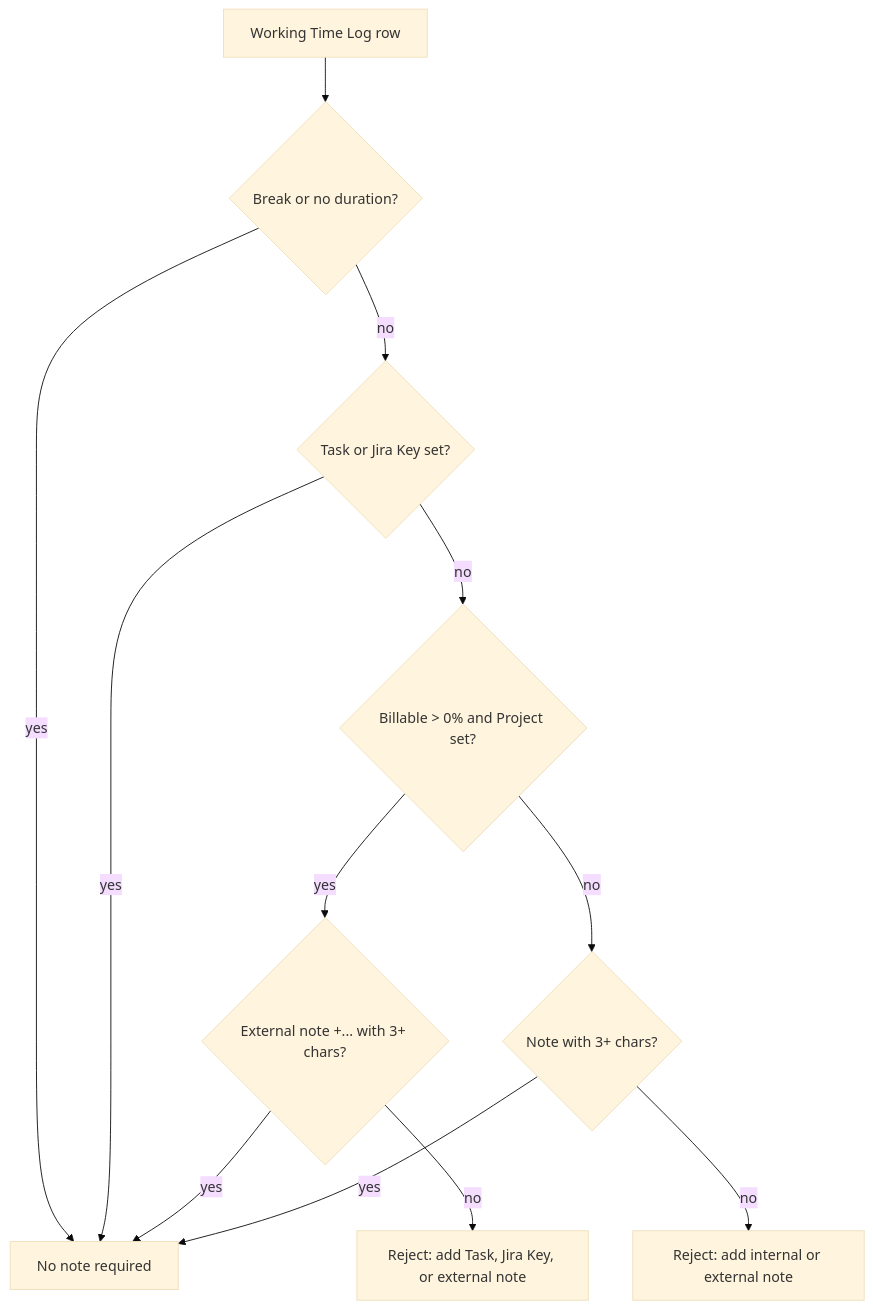
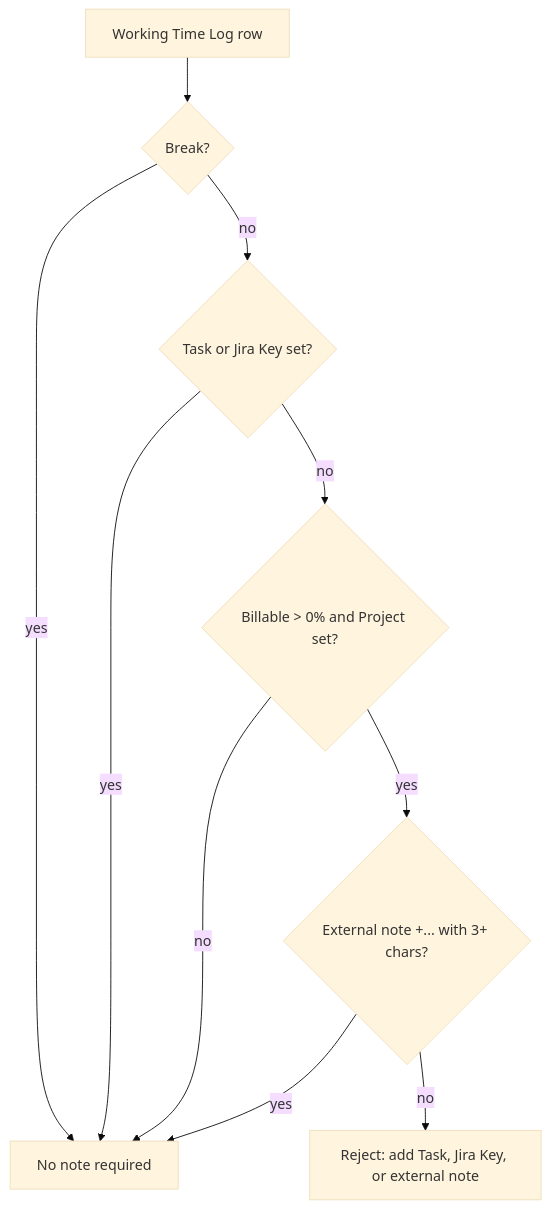
One commit to alyf-de/working_time changed the diagram in README.md. Above: the diagram before and after it, drawn with Mermaid (base theme). The commit also changed other lines of this file and 2 other files, not shown here.

Commit message:
fix: remove internal note requirement

````diff
--- a/README.md
+++ b/README.md
@@ -100,14 +90,12 @@
 ```mermaid
 flowchart TD
-    A[Working Time Log row] --> B{Break or no duration?}
+    A[Working Time Log row] --> B{Break?}
     B -->|yes| OK[No note required]
     B -->|no| C{Task or Jira Key set?}
     C -->|yes| OK
     C -->|no| D{Billable > 0% and Project set?}
+    D -->|no| OK
     D -->|yes| E{External note +... with 3+ chars?}
     E -->|yes| OK
-    E -->|no| FAIL1[Reject: add Task, Jira Key, or external note]
-    D -->|no| F{Note with 3+ chars?}
-    F -->|yes| OK
-    F -->|no| FAIL2[Reject: add internal or external note]
+    E -->|no| FAIL[Reject: add Task, Jira Key, or external note]
 ```
````
